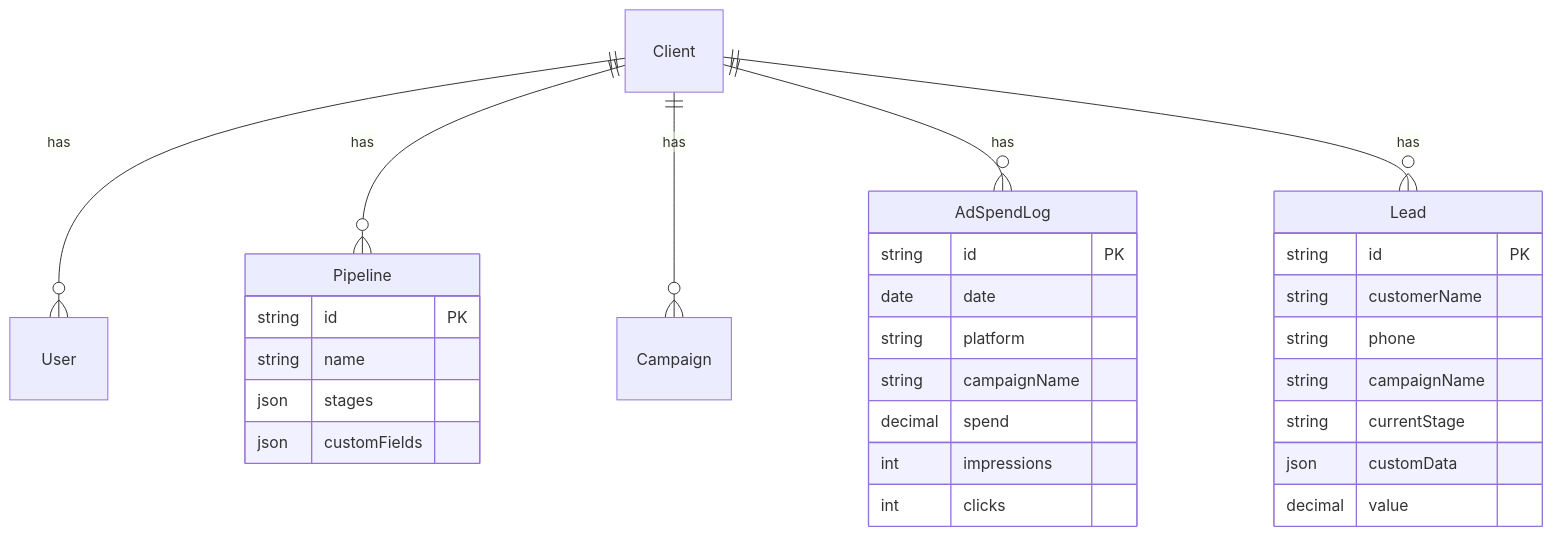
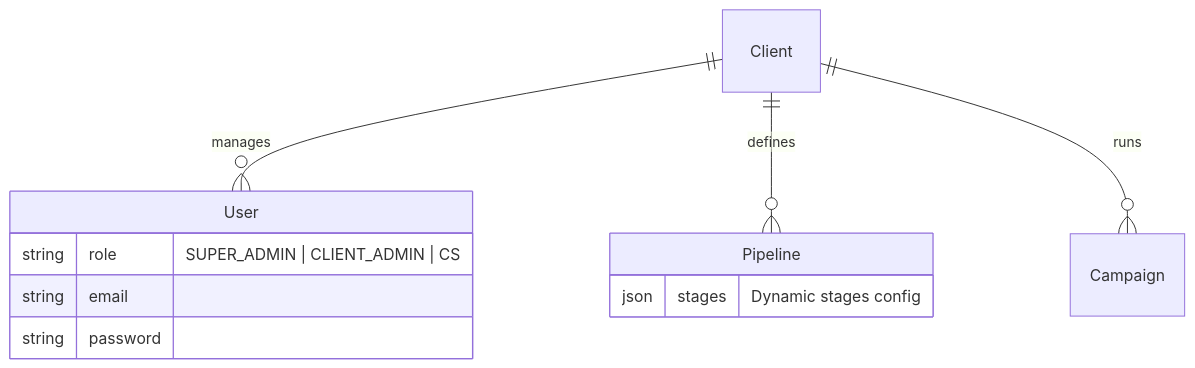
Before and after one commit to dena-pratama/AAA-ads-T-dyn-CRM: the diagram in README.md, drawn with Mermaid. The commit also changed other lines of this file, not shown here.

````diff
--- a/README.md
+++ b/README.md
@@ -98,35 +111,16 @@
 ```mermaid
 erDiagram
-    Client ||--o{ User : has
-    Client ||--o{ Pipeline : has
-    Client ||--o{ Campaign : has
-    Client ||--o{ AdSpendLog : has
-    Client ||--o{ Lead : has
+    Client ||--o{ User : manages
+    Client ||--o{ Pipeline : defines
+    Client ||--o{ Campaign : runs
+    
+    User {
+        string role "SUPER_ADMIN | CLIENT_ADMIN | CS"
+        string email
+        string password
+    }
     
     Pipeline {
-        string id PK
-        string name
-        json stages
-        json customFields
-    }
-    
-    AdSpendLog {
-        string id PK
-        date date
-        string platform
-        string campaignName
-        decimal spend
-        int impressions
-        int clicks
-    }
-    
-    Lead {
-        string id PK
-        string customerName
-        string phone
-        string campaignName
-        string currentStage
-        json customData
-        decimal value
+        json stages "Dynamic stages config"
     }
 ```
````
